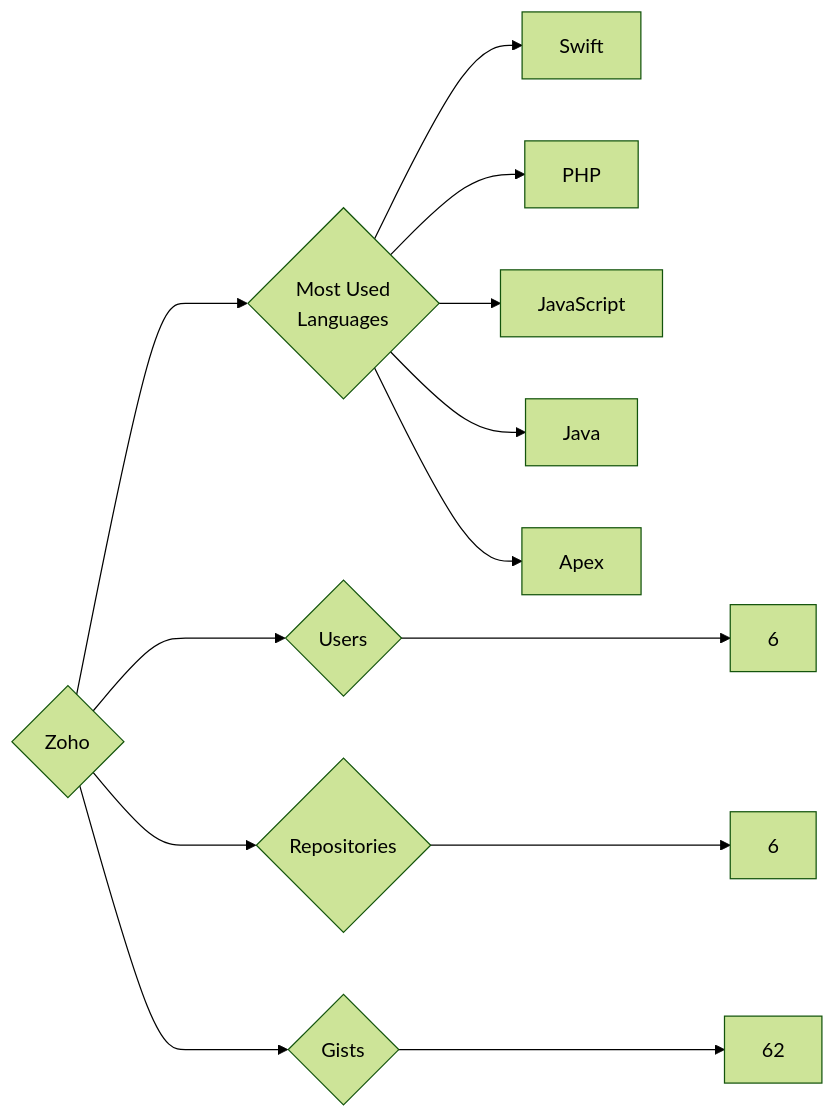
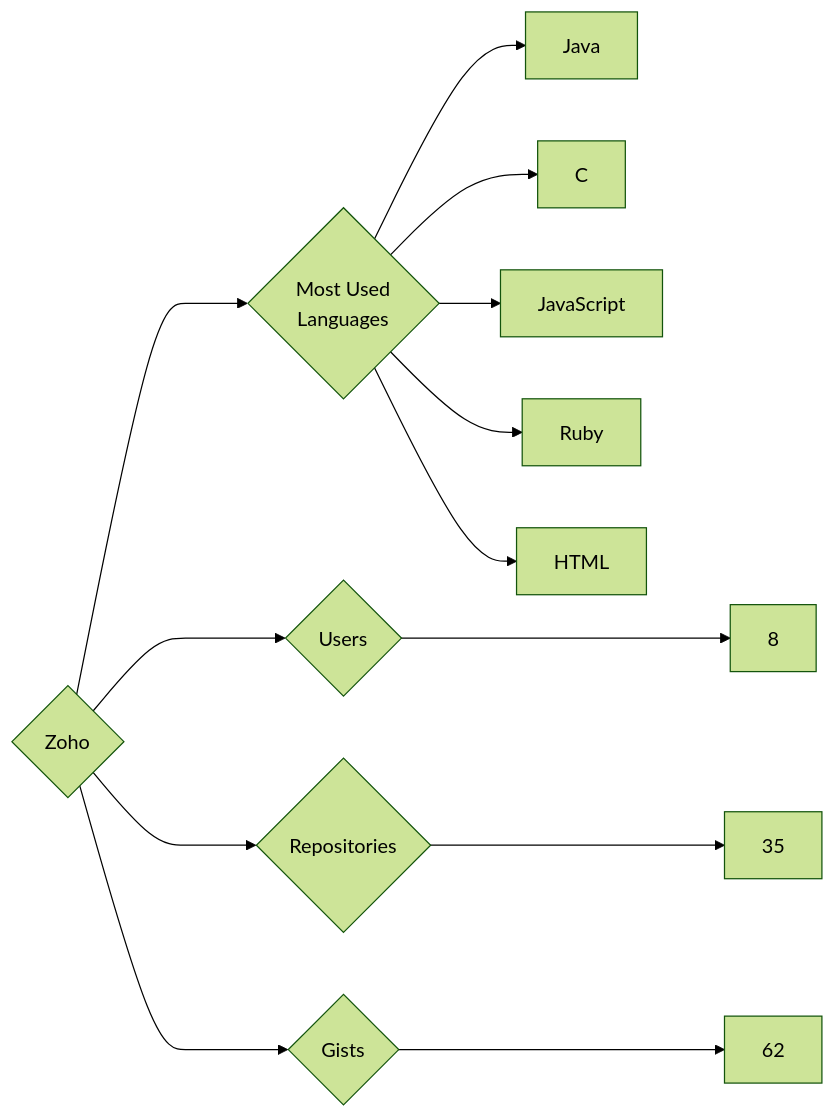
One commit to trickest/insiders changed the diagram in targets/Zoho/README.md. Above: the diagram before and after it, drawn with Mermaid (forest theme). The commit also changed 1389 other files, not shown here.

````diff
--- a/targets/Zoho/README.md
+++ b/targets/Zoho/README.md
@@ -3,13 +3,13 @@
 ```mermaid
 graph LR
 COMPANY_NAME{Zoho}
-COMPANY_NAME ---> U{Users} ---> UN[6]
-COMPANY_NAME ---> R{Repositories} ---> RN[6]
+COMPANY_NAME ---> U{Users} ---> UN[8]
+COMPANY_NAME ---> R{Repositories} ---> RN[35]
 COMPANY_NAME ---> G{Gists} ---> GN[62]
 COMPANY_NAME ---> ML{Most Used<br>Languages}
-ML --> Swift[Swift]
-ML --> PHP[PHP]
+ML --> Java[Java]
+ML --> C[C]
 ML --> JavaScript[JavaScript]
-ML --> Java[Java]
-ML --> Apex[Apex]
+ML --> Ruby[Ruby]
+ML --> HTML[HTML]
 ```
````
